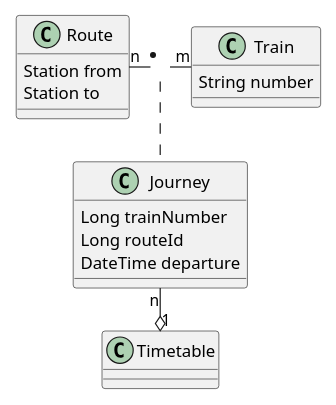
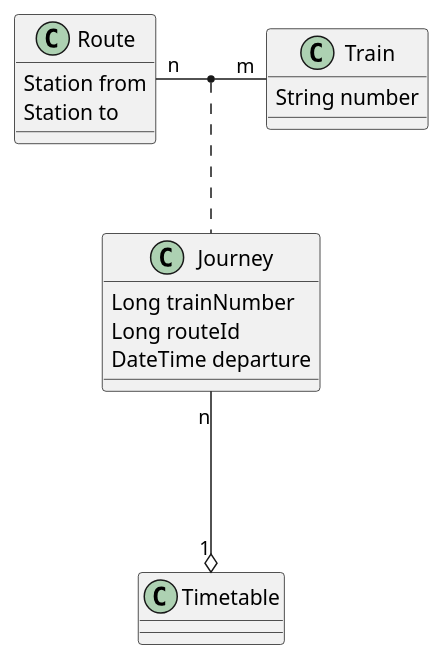
One commit to ThorstenEckstein/programmierung2-W3WI-109-ss24 changed the diagram in module-associations/docs/diagrams/many-to-many-example-1.puml. Above: the diagram before and after it, drawn with PlantUML. The commit also changed 9 other files, not shown here.

```diff
--- a/module-associations/docs/diagrams/many-to-many-example-1.puml
+++ b/module-associations/docs/diagrams/many-to-many-example-1.puml
@@ -1,34 +1,34 @@
 @startuml
-!pragma layout smetana
+'!pragma layout smetana
 'https://plantuml.com/class-diagram
 
-scale 0.8
+scale 1.0
 
 /'
  Systembeschreibung, z.B.:
   - "Der Fahrplan enthält alle geplanten Zugfahrten ..."
   - "Eine Planfahrt definiert, welcher Zug wann und von wo nach wo fährt ..."
 '/
 
 class Train       /' Zug        '/
 {
   String number
 }
 class Route       /' Strecke    '/
 {
   Station from
   Station to
 }
 class Timetable   /' Fahrplan   '/
 class Journey     /' (Zug)Fahrt '/
 {
   Long trainNumber
   Long routeId
   DateTime departure
 }
 
 Route          "n" -    "m"   Train
 (Route,Train)      ..         Journey
-Journey        "n" --o  "1"   Timetable
+Journey        "n" ---o  "1"   Timetable
 
 @enduml
```
